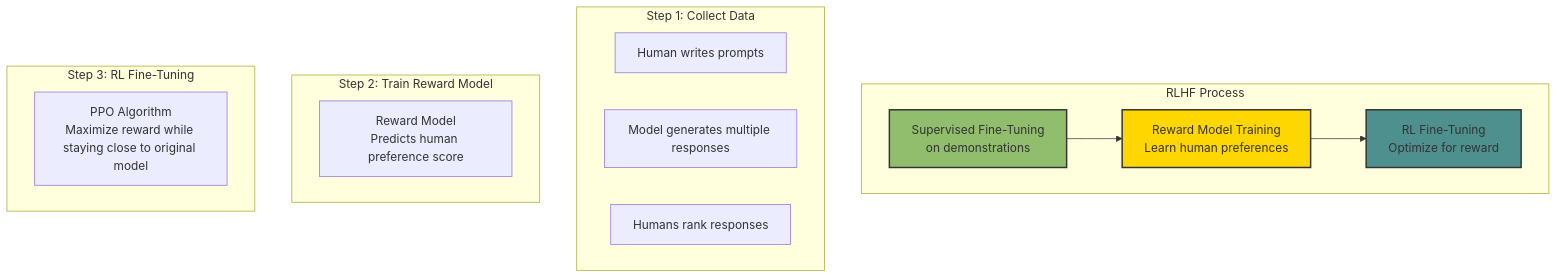
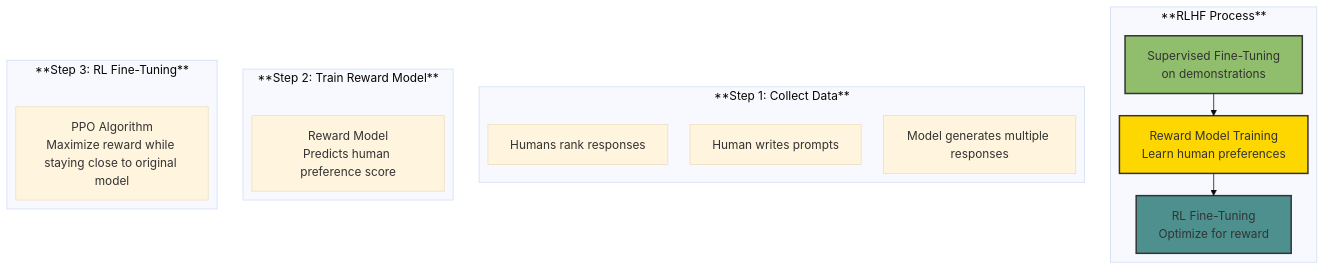
Before and after one commit to Vineet-Sharma-Medium-Stories/Medium-Build-Tool: the fifth of 6 diagrams in The 2026 AI Metromap/The 2026 AI Metromap: Fine-Tuning vs. In-Context Learning – When to Train vs. When to Prompt.md, drawn with Mermaid. The commit also changed other lines of this file and 37 other files, not shown here.

````diff
--- a/The 2026 AI Metromap/The 2026 AI Metromap: Fine-Tuning vs. In-Context Learning – When to Train vs. When to Prompt.md
+++ b/The 2026 AI Metromap/The 2026 AI Metromap: Fine-Tuning vs. In-Context Learning – When to Train vs. When to Prompt.md
@@ -589,25 +609,30 @@
 ```mermaid
+---
+config:
+  theme: base
+  layout: elk
+---
 graph TD
-    subgraph "RLHF Process"
+    subgraph "**RLHF Process**"
         S[Supervised Fine-Tuning<br/>on demonstrations] --> R[Reward Model Training<br/>Learn human preferences]
         R --> P[RL Fine-Tuning<br/>Optimize for reward]
     end
     
-    subgraph "Step 1: Collect Data"
+    subgraph "**Step 1: Collect Data**"
         D1[Human writes prompts]
         D2[Model generates multiple responses]
         D3[Humans rank responses]
     end
     
-    subgraph "Step 2: Train Reward Model"
+    subgraph "**Step 2: Train Reward Model**"
         RM[Reward Model<br/>Predicts human preference score]
     end
     
-    subgraph "Step 3: RL Fine-Tuning"
+    subgraph "**Step 3: RL Fine-Tuning**"
         RL[PPO Algorithm<br/>Maximize reward while staying close to original model]
     end
     
     style S fill:#90be6d,stroke:#333,stroke-width:2px
     style R fill:#ffd700,stroke:#333,stroke-width:2px
     style P fill:#4d908e,stroke:#333,stroke-width:2px
 ```
````
